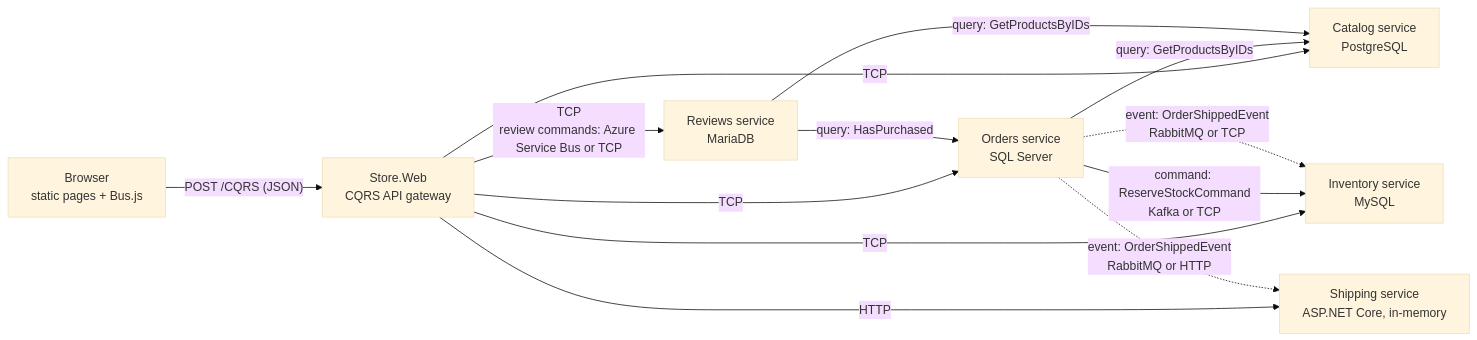
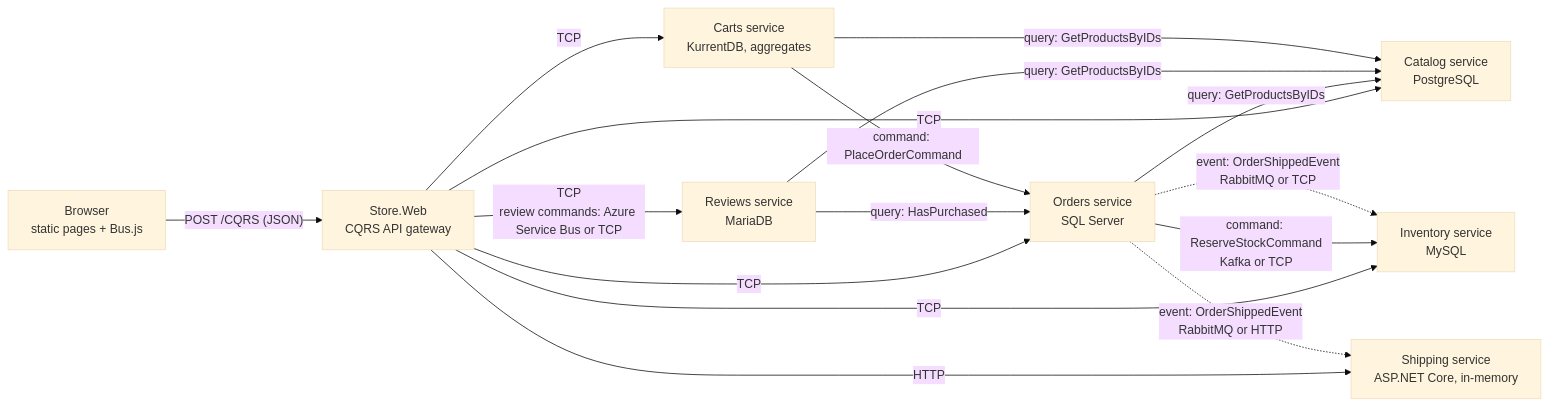
One commit to szawaski/Zerra changed the diagram in Demo/Store/README.md. Above: the diagram before and after it, drawn with Mermaid (base theme). The commit also changed other lines of this file and 67 other files, not shown here.

````diff
--- a/Demo/Store/README.md
+++ b/Demo/Store/README.md
@@ -5,15 +5,18 @@
 ```mermaid
 flowchart LR
     Browser["Browser<br/>static pages + Bus.js"] -- "POST /CQRS (JSON)" --> Web["Store.Web<br/>CQRS API gateway"]
     Web -- "TCP" --> Catalog["Catalog service<br/>PostgreSQL"]
     Web -- "TCP" --> Inventory["Inventory service<br/>MySQL"]
     Web -- "TCP" --> Orders["Orders service<br/>SQL Server"]
     Web -- "TCP<br/>review commands: Azure Service Bus or TCP" --> Reviews["Reviews service<br/>MariaDB"]
     Web -- "HTTP" --> Shipping["Shipping service<br/>ASP.NET Core, in-memory"]
     Orders -- "query: GetProductsByIDs" --> Catalog
     Orders -- "command: ReserveStockCommand<br/>Kafka or TCP" --> Inventory
     Orders -. "event: OrderShippedEvent<br/>RabbitMQ or TCP" .-> Inventory
     Orders -. "event: OrderShippedEvent<br/>RabbitMQ or HTTP" .-> Shipping
     Reviews -- "query: GetProductsByIDs" --> Catalog
     Reviews -- "query: HasPurchased" --> Orders
+    Web -- "TCP" --> Carts["Carts service<br/>KurrentDB, aggregates"]
+    Carts -- "query: GetProductsByIDs" --> Catalog
+    Carts -- "command: PlaceOrderCommand" --> Orders
 ```
````
